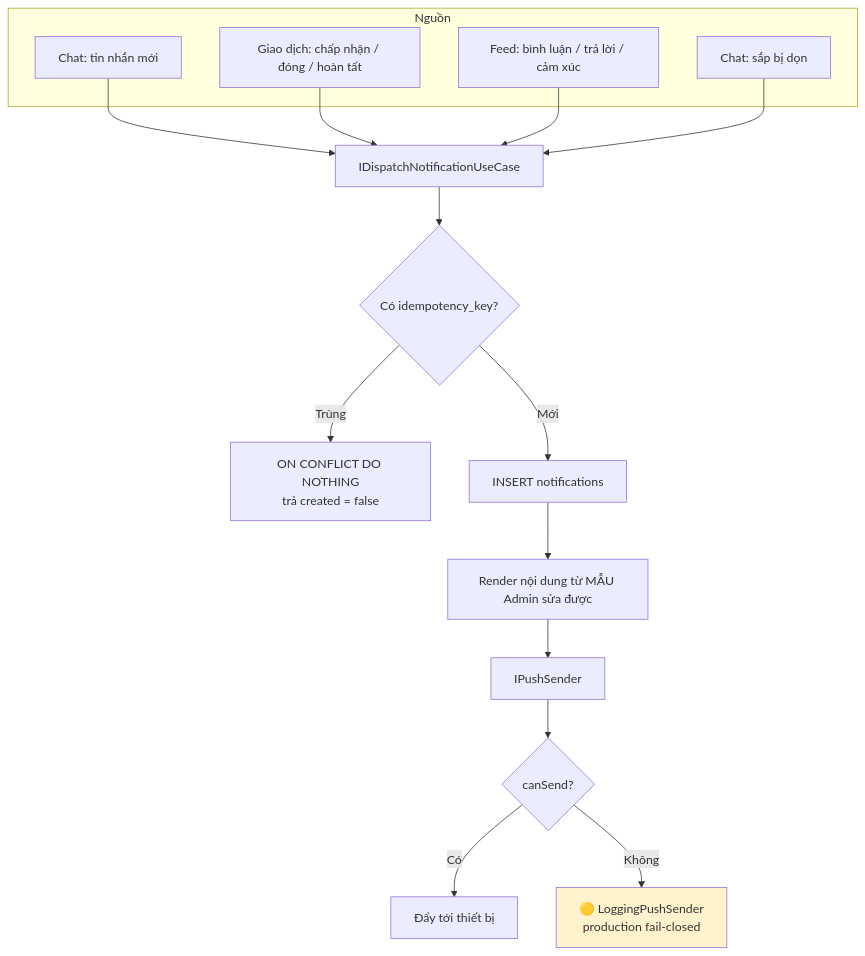
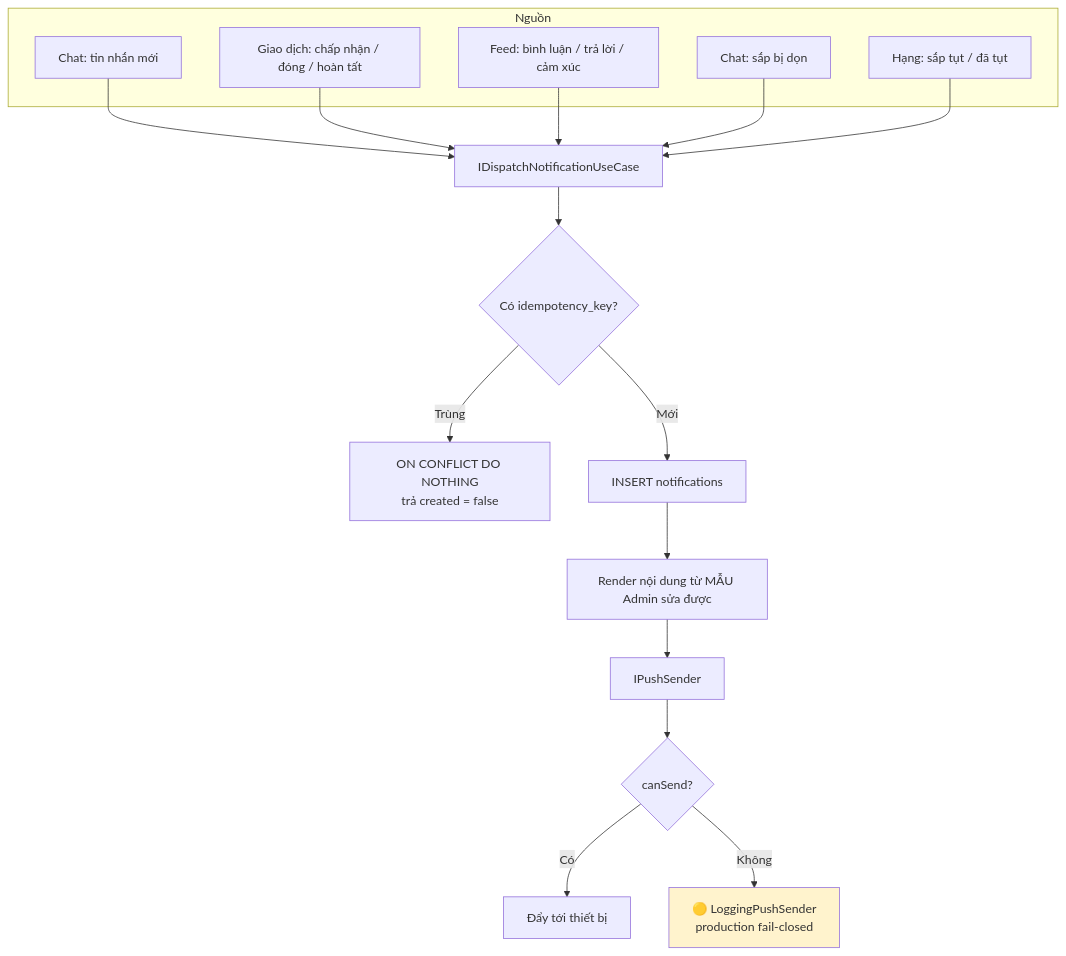
The first of 3 diagrams in docs/diagram/10-notification.md (fdshn/trueheart), drawn with Mermaid before and after one commit. The commit also changed other lines of this file and 30 other files, not shown here.

First line of the commit message:
feat(rank): hạng do balance quyết, trượt nhiệm vụ trừ điểm, cảnh báo sắp tụt

````diff
--- a/docs/diagram/10-notification.md
+++ b/docs/diagram/10-notification.md
@@ -7,21 +7,22 @@
 ```mermaid
 flowchart TD
     subgraph Nguồn
         A[Chat: tin nhắn mới]
         B[Giao dịch: chấp nhận / đóng / hoàn tất]
         C[Feed: bình luận / trả lời / cảm xúc]
+        E2[Hạng: sắp tụt / đã tụt]
         D[Chat: sắp bị dọn]
     end
 
-    A & B & C & D --> E["IDispatchNotificationUseCase"]
+    A & B & C & D & E2 --> E["IDispatchNotificationUseCase"]
     E --> F{Có idempotency_key?}
     F -->|Trùng| G[ON CONFLICT DO NOTHING<br/>trả created = false]
     F -->|Mới| H[INSERT notifications]
     H --> I[Render nội dung từ MẪU Admin sửa được]
     I --> J[IPushSender]
     J --> K{canSend?}
     K -->|Có| L[Đẩy tới thiết bị]
     K -->|Không| M["🟡 LoggingPushSender<br/>production fail-closed"]
 
     style M fill:#fff3cd
 ```
````
